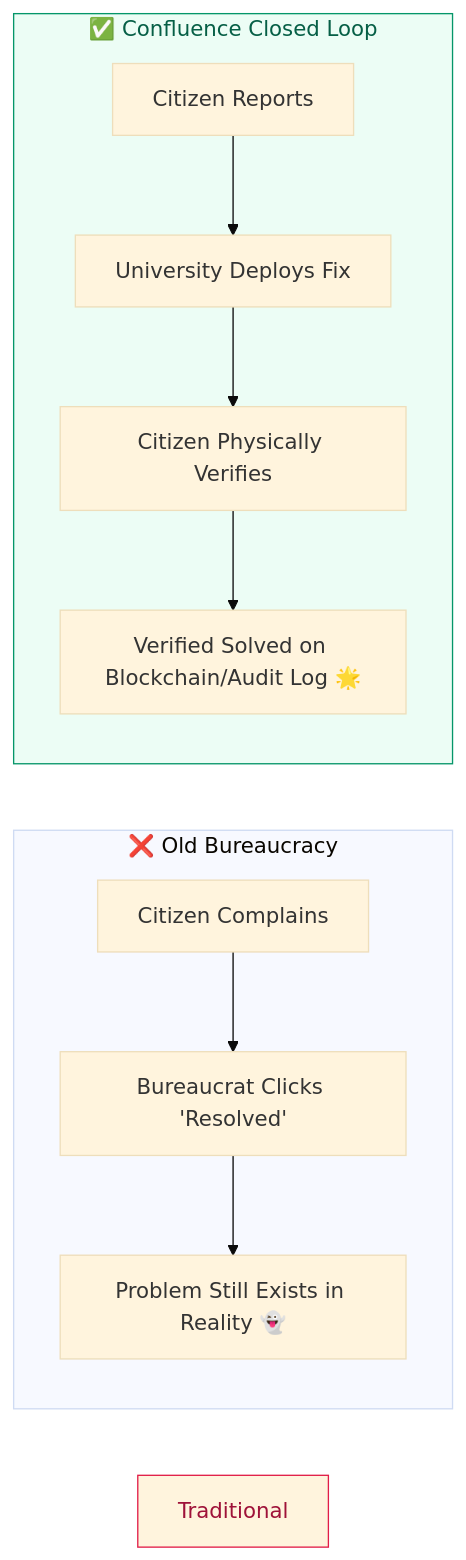
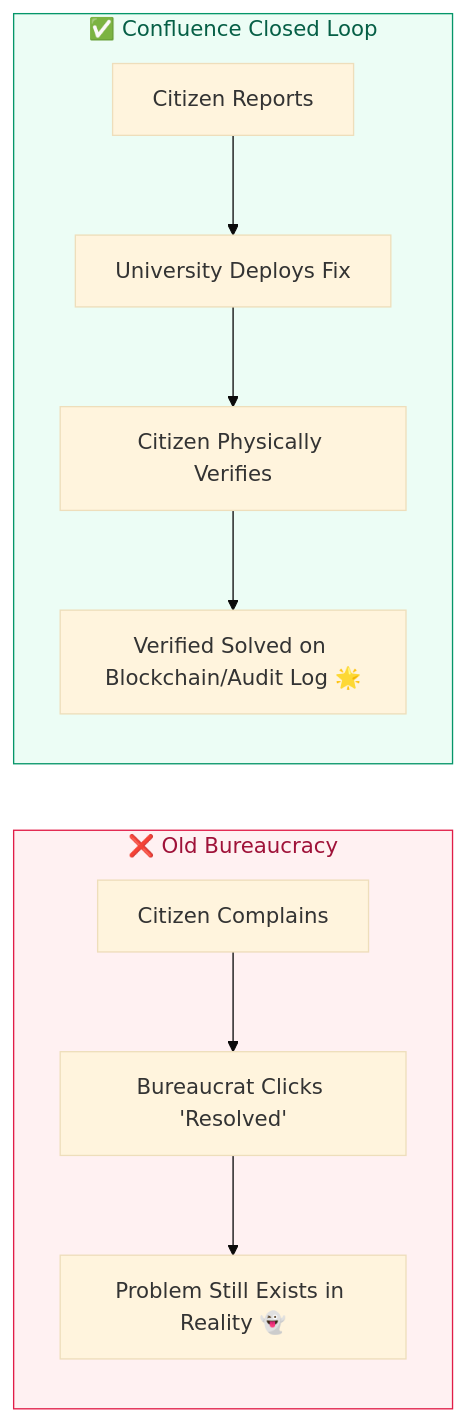
The third of 4 diagrams in Readme.md (schr0dy-coder/Random-Markdown), drawn with Mermaid (base theme) before and after one commit. The commit also changed other lines of this file, not shown here.

````diff
--- a/Readme.md
+++ b/Readme.md
@@ -134,13 +136,13 @@
 ```mermaid
-graph LR
-    subgraph Traditional Portals ["❌ Old Bureaucracy"]
+flowchart LR
+    subgraph traditional["❌ Old Bureaucracy"]
         T1["Citizen Complains"] --> T2["Bureaucrat Clicks 'Resolved'"] --> T3["Problem Still Exists in Reality 👻"]
     end
 
-    subgraph Confluence ["✅ Confluence Closed Loop"]
+    subgraph confluence["✅ Confluence Closed Loop"]
         C1["Citizen Reports"] --> C2["University Deploys Fix"] --> C3["Citizen Physically Verifies"] --> C4["Verified Solved on Blockchain/Audit Log 🌟"]
     end
 
-    style Traditional Portals fill:#FFF1F2,stroke:#E11D48,color:#9F1239
-    style Confluence fill:#ECFDF5,stroke:#059669,color:#065F46
+    style traditional fill:#FFF1F2,stroke:#E11D48,color:#9F1239
+    style confluence fill:#ECFDF5,stroke:#059669,color:#065F46
 ```
````
